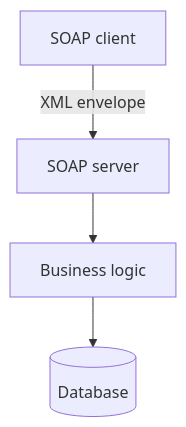
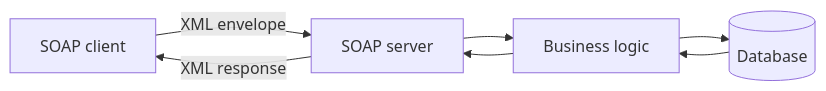
The seventh of 28 diagrams in 07-api-design/README.md (hareramcse/SystemDesign), drawn with Mermaid before and after one commit. The commit also changed other lines of this file and 14 other files, not shown here.

````diff
--- a/07-api-design/README.md
+++ b/07-api-design/README.md
@@ -778,6 +579,9 @@
 ```mermaid
-flowchart TB
+flowchart LR
     C[SOAP client] -->|XML envelope| S[SOAP server]
     S --> BL[Business logic]
     BL --> DB[(Database)]
+    DB --> BL
+    BL --> S
+    S -->|XML response| C
 ```
````
